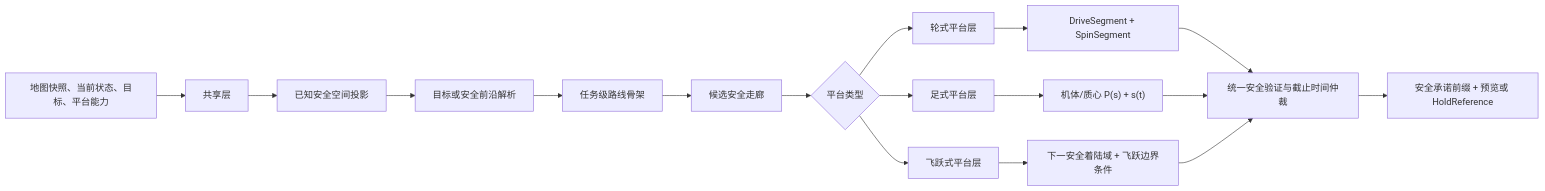
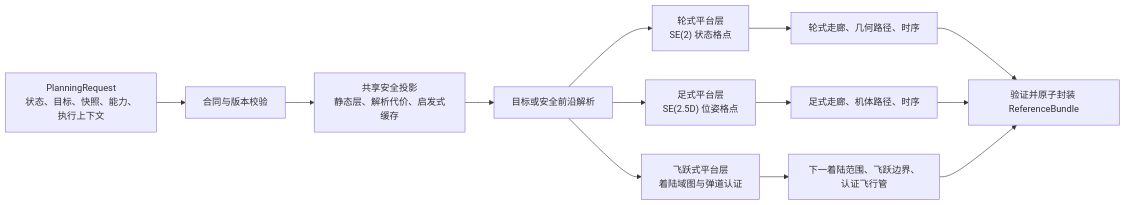
Before and after one commit to sjidnsk/lunar-path-planning: the first of 2 diagrams in docs/superpowers/specs/2026-07-28-multiplatform-path-planner-v3-design.md, drawn with Mermaid. The commit also changed other lines of this file, not shown here.

````diff
--- a/docs/superpowers/specs/2026-07-28-multiplatform-path-planner-v3-design.md
+++ b/docs/superpowers/specs/2026-07-28-multiplatform-path-planner-v3-design.md
@@ -43,19 +68,15 @@
 ```mermaid
 flowchart LR
-    A["地图快照、当前状态、目标、平台能力"] --> B["共享层"]
-    B --> B1["已知安全空间投影"]
-    B1 --> B2["目标或安全前沿解析"]
-    B2 --> B3["任务级路线骨架"]
-    B3 --> B4["候选安全走廊"]
-    B4 --> C{"平台类型"}
-    C --> W["轮式平台层"]
-    C --> L["足式平台层"]
-    C --> H["飞跃式平台层"]
-    W --> O1["DriveSegment + SpinSegment"]
-    L --> O2["机体/质心 P(s) + s(t)"]
-    H --> O3["下一安全着陆域 + 飞跃边界条件"]
-    O1 --> V["统一安全验证与截止时间仲裁"]
-    O2 --> V
-    O3 --> V
-    V --> R["安全承诺前缀 + 预览或 HoldReference"]
+    A["PlanningRequest<br/>状态、目标、快照、能力、执行上下文"] --> B["合同与版本校验"]
+    B --> C["共享安全投影<br/>静态层、解析代价、启发式缓存"]
+    C --> D["目标或安全前沿解析"]
+    D --> W["轮式平台层<br/>SE(2) 状态格点"]
+    D --> L["足式平台层<br/>SE(2.5D) 位姿格点"]
+    D --> H["飞跃式平台层<br/>着陆域图与弹道认证"]
+    W --> W2["轮式走廊、几何路径、时序"]
+    L --> L2["足式走廊、机体路径、时序"]
+    H --> H2["下一着陆范围、飞跃边界、认证飞行管"]
+    W2 --> R["验证并原子封装 ReferenceBundle"]
+    L2 --> R
+    H2 --> R
 ```
````
